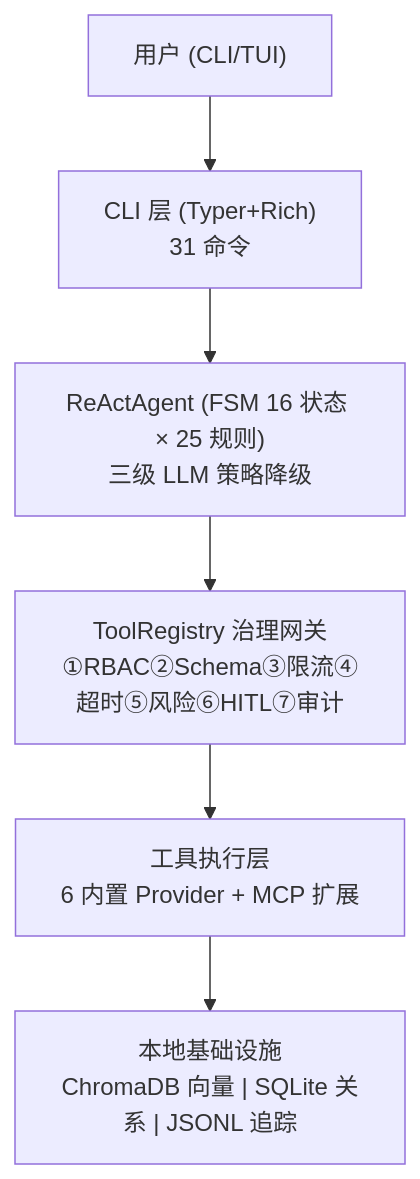
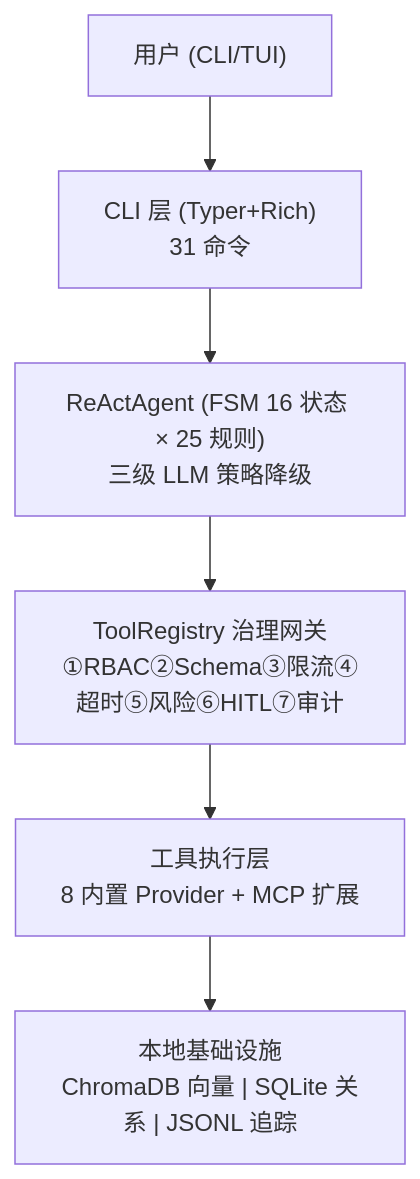
One commit to paipaipai666/agent-nexus changed the diagram in wiki/Home.md. Above: the diagram before and after it, drawn with Mermaid. The commit also changed other lines of this file and 57 other files, not shown here.

First line of the commit message:
``` feat: 增加代码知识图谱功能并优化系统稳定性

````diff
--- a/wiki/Home.md
+++ b/wiki/Home.md
@@ -12,8 +12,8 @@
 ```mermaid
 graph TD
     User["用户 (CLI/TUI)"] --> CLI["CLI 层 (Typer+Rich)<br>31 命令"]
     CLI --> ReAct["ReActAgent (FSM 16 状态 × 25 规则)<br>三级 LLM 策略降级"]
     ReAct --> Gate["ToolRegistry 治理网关<br>①RBAC②Schema③限流④超时⑤风险⑥HITL⑦审计"]
-    Gate --> Tools["工具执行层<br>6 内置 Provider + MCP 扩展"]
+    Gate --> Tools["工具执行层<br>8 内置 Provider + MCP 扩展"]
     Tools --> Local["本地基础设施<br>ChromaDB 向量 | SQLite 关系 | JSONL 追踪"]
 ```
````
